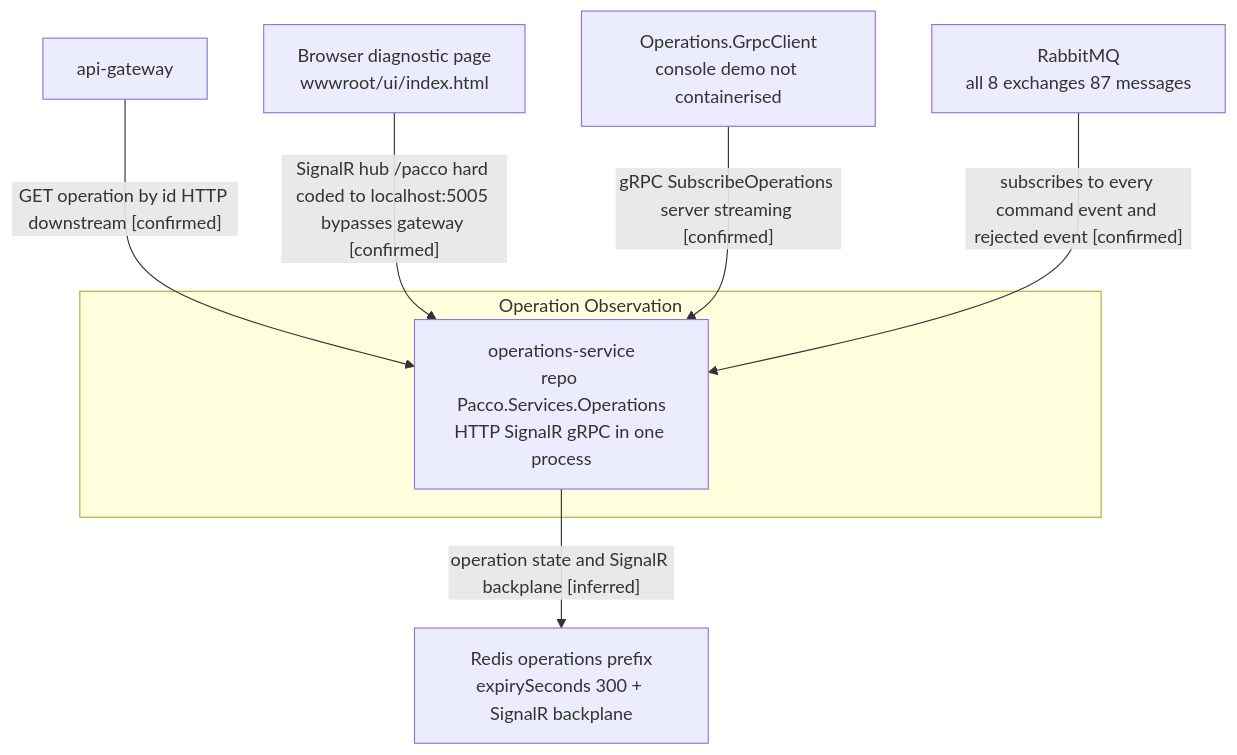
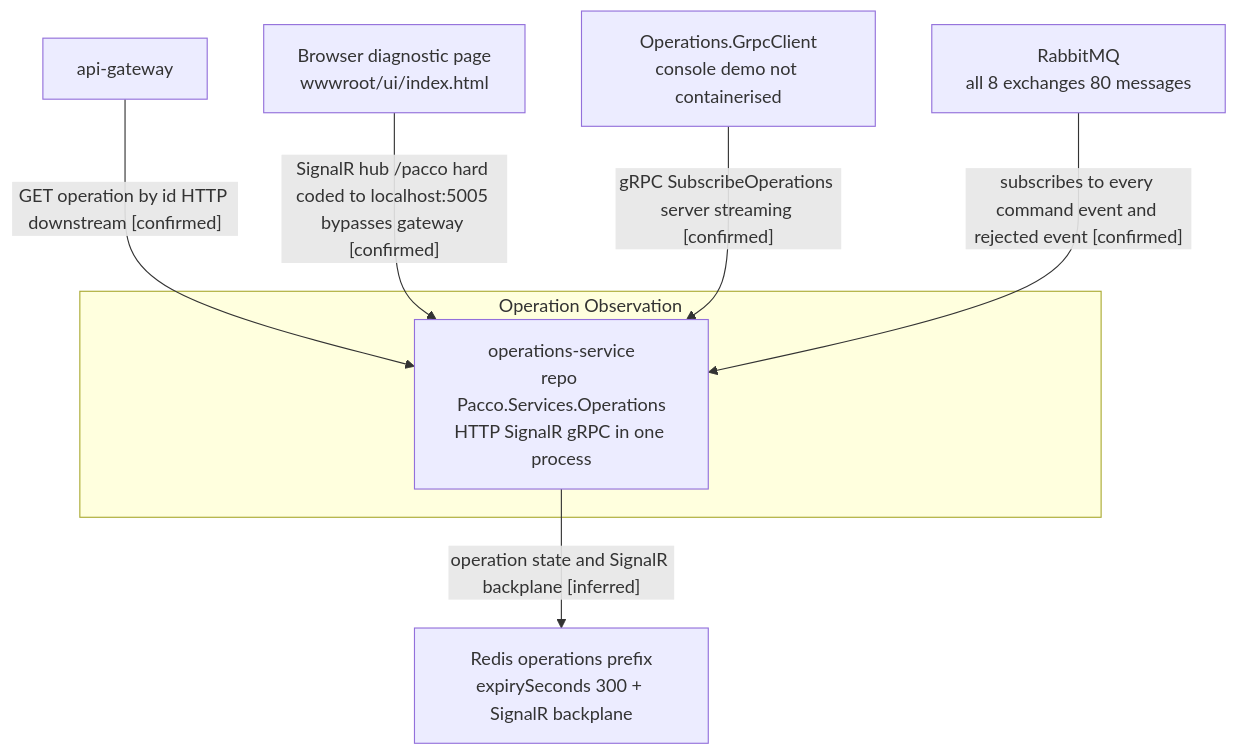
One commit to hianshul100/Pacco.Context changed the sixth of 22 diagrams in docs/architecture-inventory/architecture-views.md. Above: the diagram before and after it, drawn with Mermaid. The commit also changed other lines of this file, not shown here.

First line of the commit message:
docs(architecture-views): correct saga flow, message counts and ER fields

````diff
--- a/docs/architecture-inventory/architecture-views.md
+++ b/docs/architecture-inventory/architecture-views.md
@@ -292,17 +313,17 @@
 ```mermaid
 graph TD
     browser["Browser diagnostic page<br/>wwwroot/ui/index.html"]
     grpcclient["Operations.GrpcClient<br/>console demo not containerised"]
     gw["api-gateway"]
     subgraph "Operation Observation"
         ops["operations-service<br/>repo Pacco.Services.Operations<br/>HTTP SignalR gRPC in one process"]
     end
-    rabbit["RabbitMQ<br/>all 8 exchanges 87 messages"]
+    rabbit["RabbitMQ<br/>all 8 exchanges 80 messages"]
     opsredis["Redis operations prefix<br/>expirySeconds 300 + SignalR backplane"]
 
     gw -->|"GET operation by id HTTP downstream [confirmed]"| ops
     browser -->|"SignalR hub /pacco hard coded to localhost:5005 bypasses gateway [confirmed]"| ops
     grpcclient -->|"gRPC SubscribeOperations server streaming [confirmed]"| ops
     rabbit -->|"subscribes to every command event and rejected event [confirmed]"| ops
     ops -->|"operation state and SignalR backplane [inferred]"| opsredis
 ```
````
